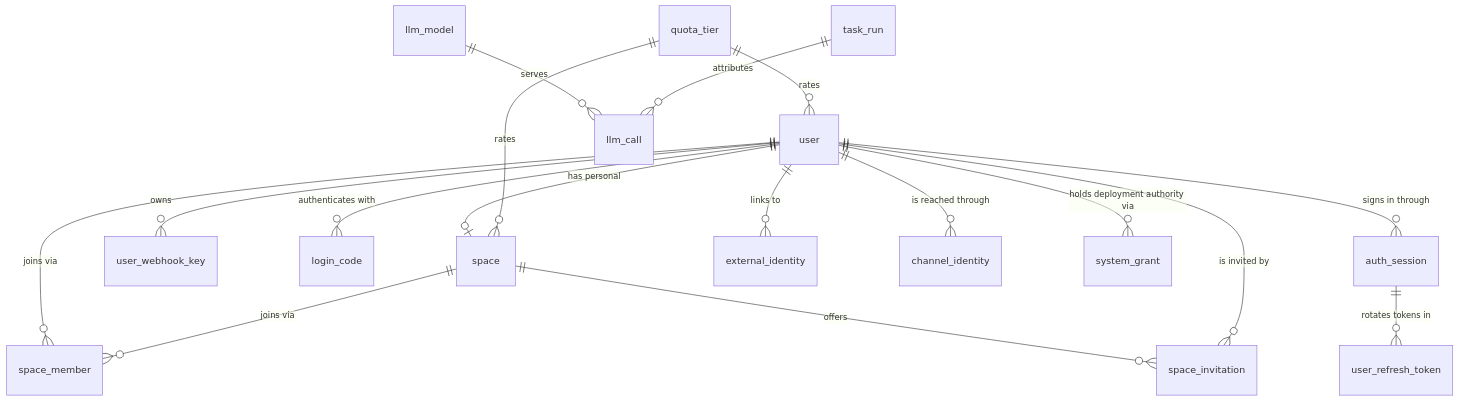
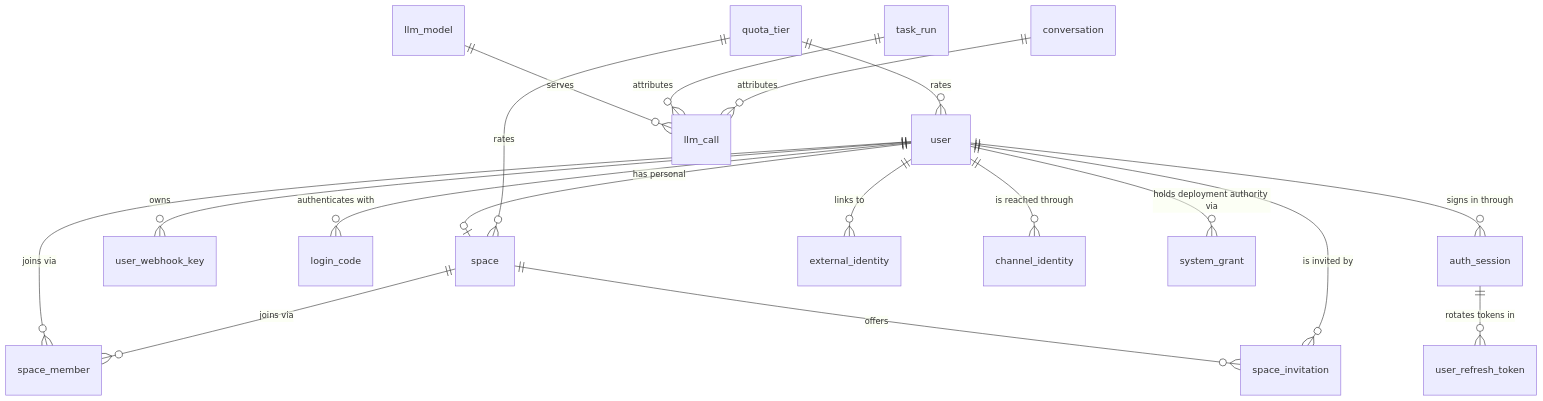
The second of 2 diagrams in docs/contribute/architecture/data-model.md (icloudbb/buildmax), drawn with Mermaid before and after one commit. The commit also changed other lines of this file and 36 other files, not shown here.

First line of the commit message:
Record conversation turns in the managed call ledger

````diff
--- a/docs/contribute/architecture/data-model.md
+++ b/docs/contribute/architecture/data-model.md
@@ -144,19 +144,20 @@
 ```mermaid
 erDiagram
     user ||--o{ space_member : "joins via"
     space ||--o{ space_member : "joins via"
     user ||--o| space : "has personal"
     space ||--o{ space_invitation : offers
     user ||--o{ space_invitation : "is invited by"
     quota_tier ||--o{ user : rates
     quota_tier ||--o{ space : rates
     user ||--o{ user_webhook_key : owns
     user ||--o{ login_code : "authenticates with"
     user ||--o{ auth_session : "signs in through"
     user ||--o{ external_identity : "links to"
     user ||--o{ channel_identity : "is reached through"
     auth_session ||--o{ user_refresh_token : "rotates tokens in"
     user ||--o{ system_grant : "holds deployment authority via"
     llm_model ||--o{ llm_call : serves
     task_run ||--o{ llm_call : attributes
+    conversation ||--o{ llm_call : attributes
 ```
````
